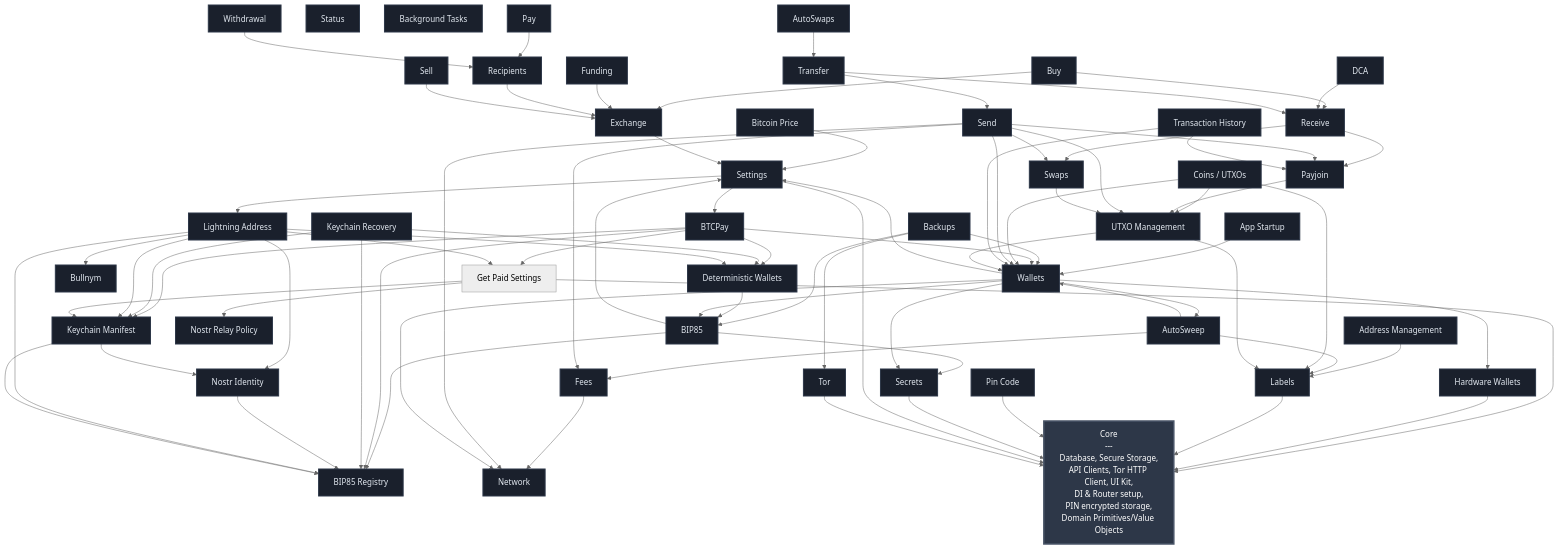
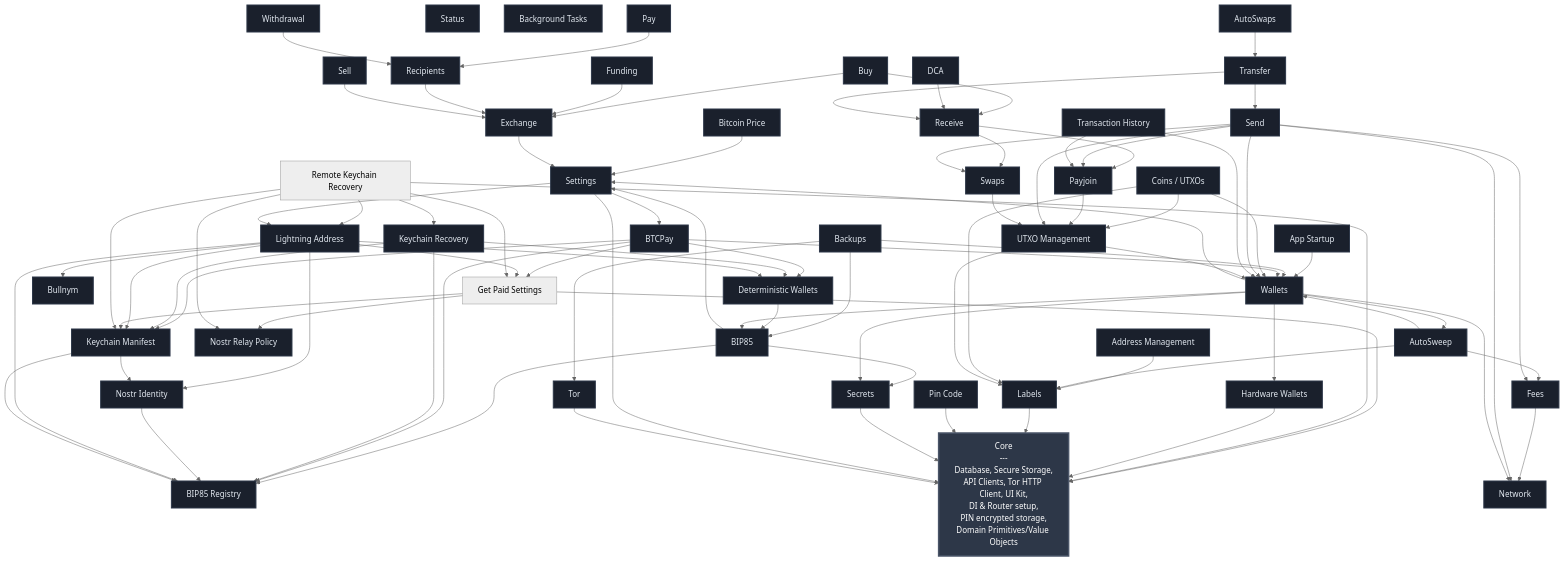
Before and after one commit to BullishNode/bullbitcoin-mobile: the diagram in FEATURES.md, drawn with Mermaid (neutral theme). The commit also changed 10 other files, not shown here.

First line of the commit message:
feat(remote_keychain_recovery): consume persisted consent, heal products, republish latest restores

```diff
--- a/FEATURES.md
+++ b/FEATURES.md
@@ -31,6 +31,7 @@
     BULLNYM[Bullnym]
     LIGHTNING_ADDRESS[Lightning Address]
     GET_PAID_SETTINGS[Get Paid Settings]
+    REMOTE_KEYCHAIN_RECOVERY[Remote Keychain Recovery]
     FEES[Fees]
     WALLETS[Wallets]
     EXCHANGE[Exchange]
@@ -92,6 +93,12 @@
     GET_PAID_SETTINGS --> KEYCHAIN_MANIFEST
     GET_PAID_SETTINGS --> NOSTR_RELAY_POLICY
     GET_PAID_SETTINGS --> CORE
+    REMOTE_KEYCHAIN_RECOVERY --> KEYCHAIN_MANIFEST
+    REMOTE_KEYCHAIN_RECOVERY --> KEYCHAIN_RECOVERY
+    REMOTE_KEYCHAIN_RECOVERY --> NOSTR_RELAY_POLICY
+    REMOTE_KEYCHAIN_RECOVERY --> LIGHTNING_ADDRESS
+    REMOTE_KEYCHAIN_RECOVERY --> GET_PAID_SETTINGS
+    REMOTE_KEYCHAIN_RECOVERY --> CORE
     BUY --> EXCHANGE
     BUY --> RECEIVE
     COINS --> UTXO_MGMT
```
